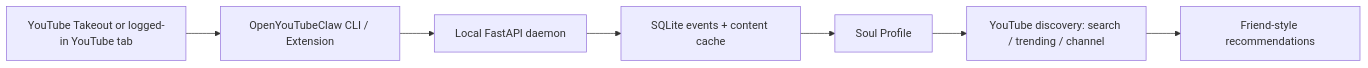
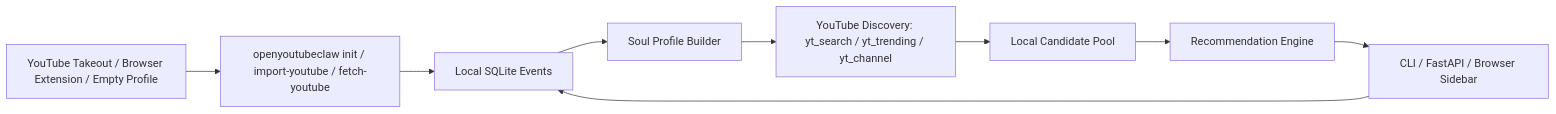
One commit to steinyanaa/OpenYouTubeClaw changed the diagram in README_EN.md. Above: the diagram before and after it, drawn with Mermaid. The commit also changed other lines of this file and 8 other files, not shown here.

````diff
--- a/README_EN.md
+++ b/README_EN.md
@@ -5,9 +9,11 @@
 ```mermaid
 flowchart LR
-  A[YouTube Takeout or logged-in YouTube tab] --> B[OpenYouTubeClaw CLI / Extension]
-  B --> C[Local FastAPI daemon]
-  C --> D[SQLite events + content cache]
-  D --> E[Soul Profile]
-  E --> F[YouTube discovery: search / trending / channel]
-  F --> G[Friend-style recommendations]
+  A["YouTube Takeout / Browser Extension / Empty Profile"] --> B["openyoutubeclaw init / import-youtube / fetch-youtube"]
+  B --> C["Local SQLite Events"]
+  C --> D["Soul Profile Builder"]
+  D --> E["YouTube Discovery: yt_search / yt_trending / yt_channel"]
+  E --> F["Local Candidate Pool"]
+  F --> G["Recommendation Engine"]
+  G --> H["CLI / FastAPI / Browser Sidebar"]
+  H --> C
 ```
````
